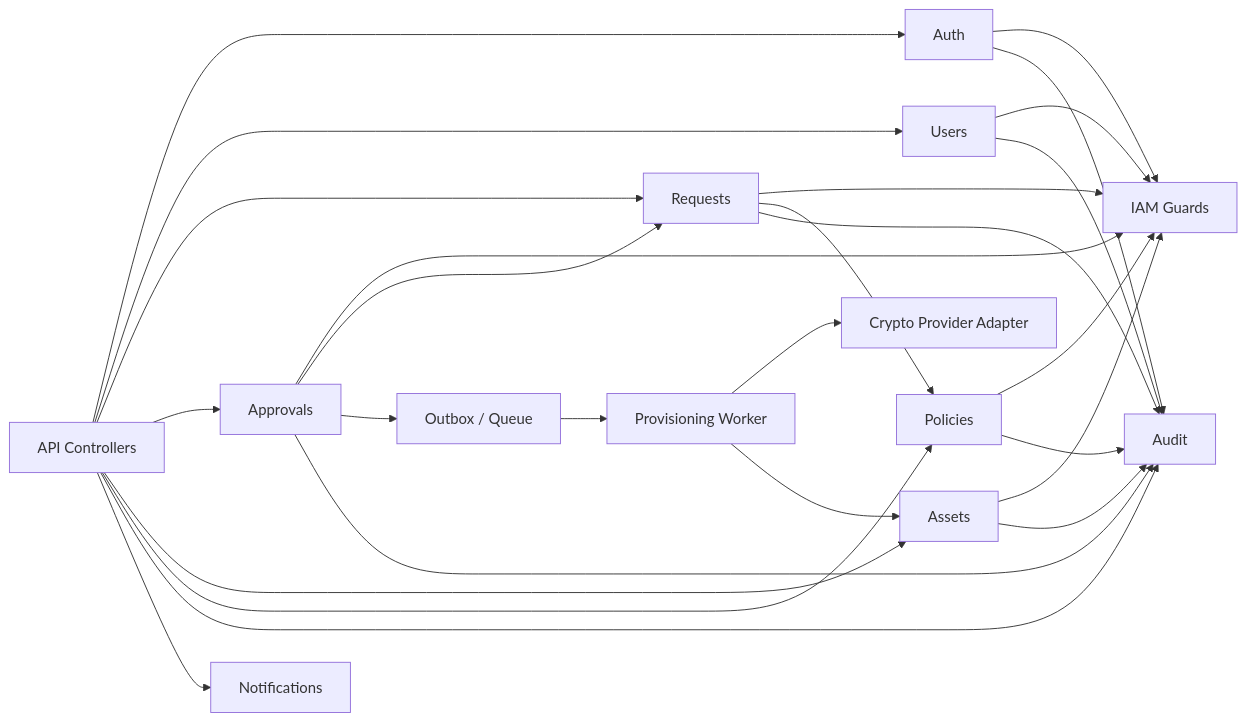
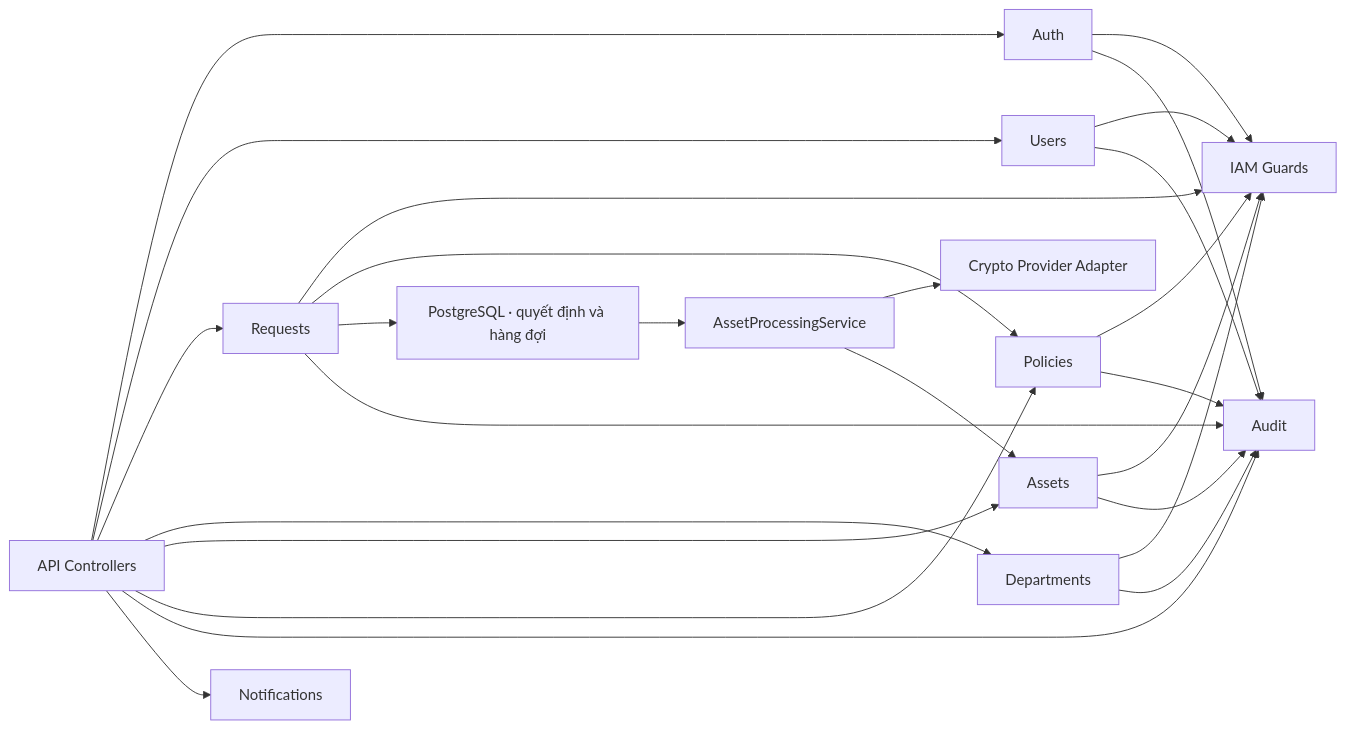
The third of 7 diagrams in 02_so_do_he_thong_tong_quat.md (Eyblcat12/Cryta), drawn with Mermaid before and after one commit. The commit also changed other lines of this file and 356 other files, not shown here.

````diff
--- a/02_so_do_he_thong_tong_quat.md
+++ b/02_so_do_he_thong_tong_quat.md
@@ -132,32 +133,31 @@
 ```mermaid
 flowchart LR
     API["API Controllers"] --> AUTH["Auth"]
     API --> USERS["Users"]
     API --> REQUESTS["Requests"]
-    API --> APPROVALS["Approvals"]
+    API --> DEPARTMENTS["Departments"]
     API --> ASSETS["Assets"]
     API --> POLICIES["Policies"]
     API --> AUDIT["Audit"]
     API --> NOTIFICATIONS["Notifications"]
 
     AUTH --> IAM["IAM Guards"]
     USERS --> IAM
     REQUESTS --> IAM
-    APPROVALS --> IAM
+    DEPARTMENTS --> IAM
     ASSETS --> IAM
     POLICIES --> IAM
 
     REQUESTS --> POLICIES
-    APPROVALS --> REQUESTS
-    APPROVALS --> OUTBOX["Outbox / Queue"]
-    OUTBOX --> WORKER["Provisioning Worker"]
+    REQUESTS --> OUTBOX["PostgreSQL · quyết định và hàng đợi"]
+    OUTBOX --> WORKER["AssetProcessingService"]
     WORKER --> PROVIDER["Crypto Provider Adapter"]
     WORKER --> ASSETS
 
     AUTH --> AUDIT
     USERS --> AUDIT
     REQUESTS --> AUDIT
-    APPROVALS --> AUDIT
+    DEPARTMENTS --> AUDIT
     ASSETS --> AUDIT
     POLICIES --> AUDIT
 ```
````
